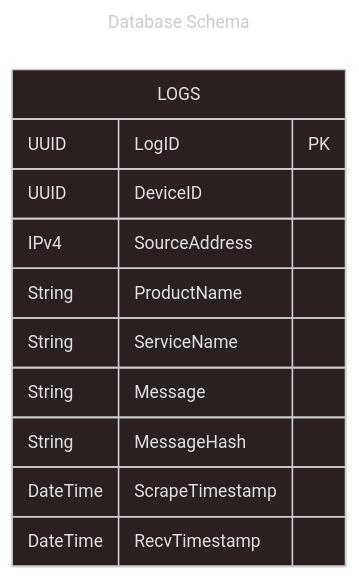
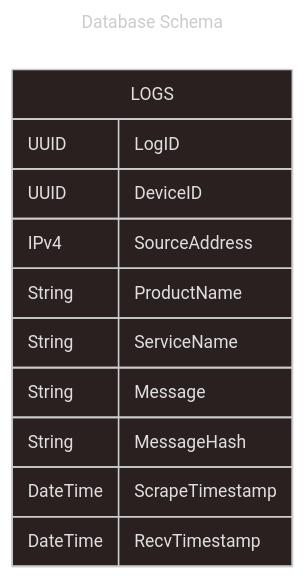
One commit to Healthboost213/SIEMSeasy changed the diagram in docs/charts/database.mmd. Above: the diagram before and after it, drawn with Mermaid. The commit also changed 6 other files, not shown here.

Commit message:
Adapted Ring Buffer From SPSC to MPSC. Added simple HTTP server support. Improved ClickHouse Schema and Creations

```diff
--- a/docs/charts/database.mmd
+++ b/docs/charts/database.mmd
@@ -1,22 +1,22 @@
 ---
 title: Database Schema
 config:
   theme: neo-dark
 ---
 
 erDiagram
 
     direction LR
 
     LOGS {
-        UUID LogID PK
+        UUID LogID
         UUID DeviceID
         IPv4 SourceAddress
         String ProductName
         String ServiceName
         String Message
         String MessageHash
         DateTime ScrapeTimestamp
         DateTime RecvTimestamp
 
     }
```
